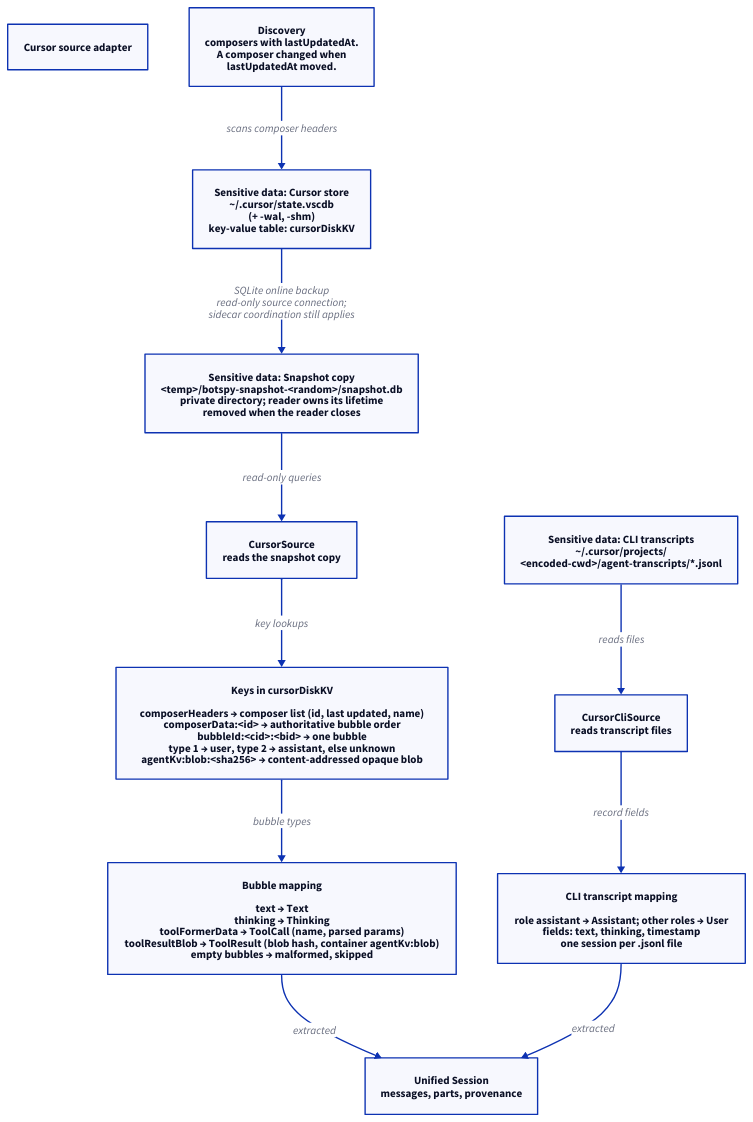
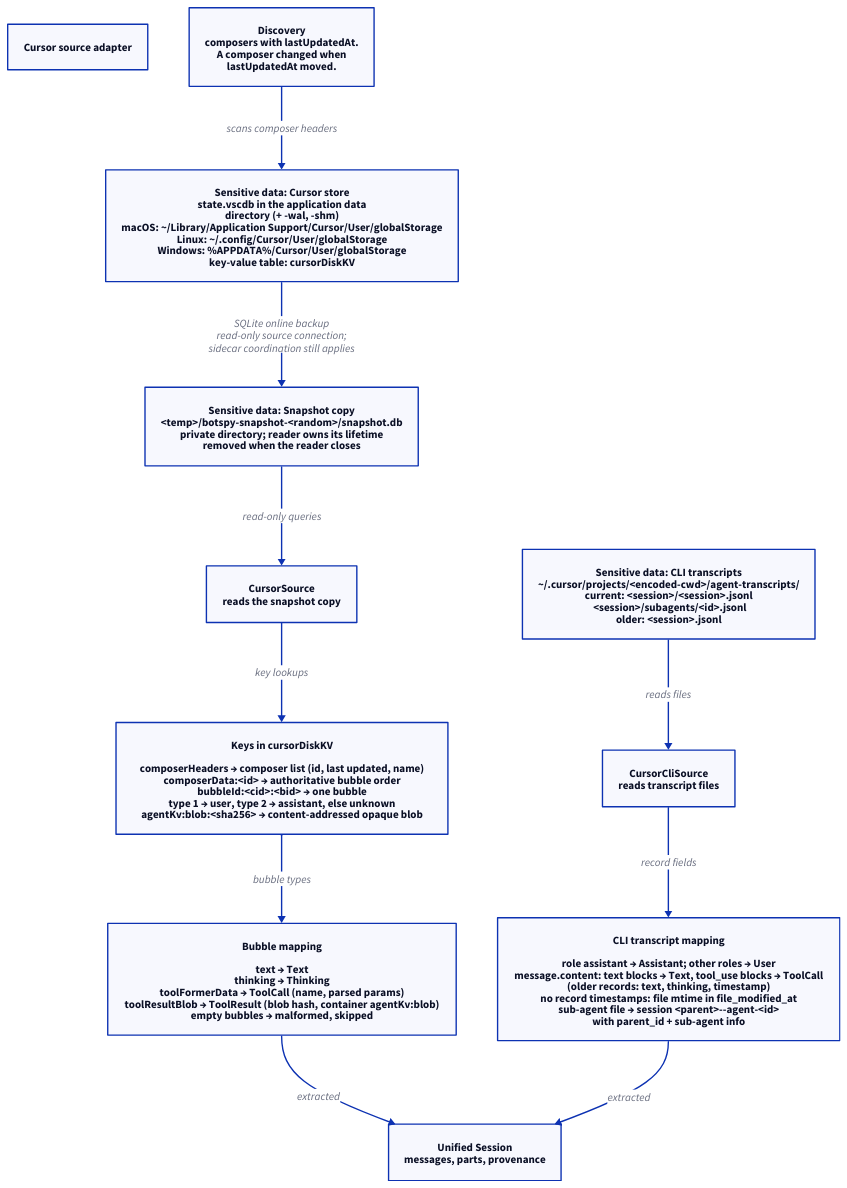
One commit to DataParade-io/BotSpy changed the diagram in docs/diagrams/cursor.d2. Above: the diagram before and after it, drawn with D2. The commit also changed 33 other files, not shown here.

```diff
--- a/docs/diagrams/cursor.d2
+++ b/docs/diagrams/cursor.d2
@@ -1,61 +1,61 @@
 title: Cursor source adapter
 
 store: {
-  label: "Sensitive data: Cursor store\n~/.cursor/state.vscdb\n(+ -wal, -shm)\nkey-value table: cursorDiskKV"
+  label: "Sensitive data: Cursor store\nstate.vscdb in the application data\ndirectory (+ -wal, -shm)\nmacOS: ~/Library/Application Support/Cursor/User/globalStorage\nLinux: ~/.config/Cursor/User/globalStorage\nWindows: %APPDATA%/Cursor/User/globalStorage\nkey-value table: cursorDiskKV"
   class: sensitive
 }
 
 snap: {
   label: "Sensitive data: Snapshot copy\n<temp>/botspy-snapshot-<random>/snapshot.db\nprivate directory; reader owns its lifetime\nremoved when the reader closes"
   class: sensitive
 }
 
 cli_dir: {
-  label: "Sensitive data: CLI transcripts\n~/.cursor/projects/\n<encoded-cwd>/agent-transcripts/*.jsonl"
+  label: "Sensitive data: CLI transcripts\n~/.cursor/projects/<encoded-cwd>/agent-transcripts/\ncurrent: <session>/<session>.jsonl\n         <session>/subagents/<id>.jsonl\nolder: <session>.jsonl"
   class: sensitive
 }
 
 keys: {
   label: "Keys in cursorDiskKV\n\ncomposerHeaders        → composer list (id, last updated, name)\ncomposerData:<id>      → authoritative bubble order\nbubbleId:<cid>:<bid>   → one bubble\ntype 1 → user, type 2 → assistant, else unknown\nagentKv:blob:<sha256>  → content-addressed opaque blob"
   class: tool
 }
 
 bubbles: {
   label: "Bubble mapping\n\ntext            → Text\nthinking        → Thinking\ntoolFormerData  → ToolCall (name, parsed params)\ntoolResultBlob  → ToolResult (blob hash, container agentKv:blob)\nempty bubbles   → malformed, skipped"
   class: tool
 }
 
 cli_map: {
-  label: "CLI transcript mapping\n\nrole assistant → Assistant; other roles → User\nfields: text, thinking, timestamp\none session per .jsonl file"
+  label: "CLI transcript mapping\n\nrole assistant → Assistant; other roles → User\nmessage.content: text blocks → Text, tool_use blocks → ToolCall\n(older records: text, thinking, timestamp)\nno record timestamps: file mtime in file_modified_at\nsub-agent file → session <parent>--agent-<id>\nwith parent_id + sub-agent info"
   class: tool
 }
 
 discovery: {
   label: "Discovery\ncomposers with lastUpdatedAt.\nA composer changed when\nlastUpdatedAt moved."
   class: tool
 }
 
 kv_source: {
   label: "CursorSource\nreads the snapshot copy"
   class: tool
 }
 
 cli_source: {
   label: "CursorCliSource\nreads transcript files"
   class: tool
 }
 
 session: {
   label: "Unified Session\nmessages, parts, provenance"
   class: tool
 }
 
 store -> snap: "SQLite online backup\nread-only source connection;\nsidecar coordination still applies"
 snap -> kv_source: "read-only queries"
 cli_dir -> cli_source: "reads files"
 kv_source -> keys: "key lookups"
 keys -> bubbles: "bubble types"
 bubbles -> session: "extracted"
 cli_source -> cli_map: "record fields"
 cli_map -> session: "extracted"
 discovery -> store: "scans composer headers"
```
